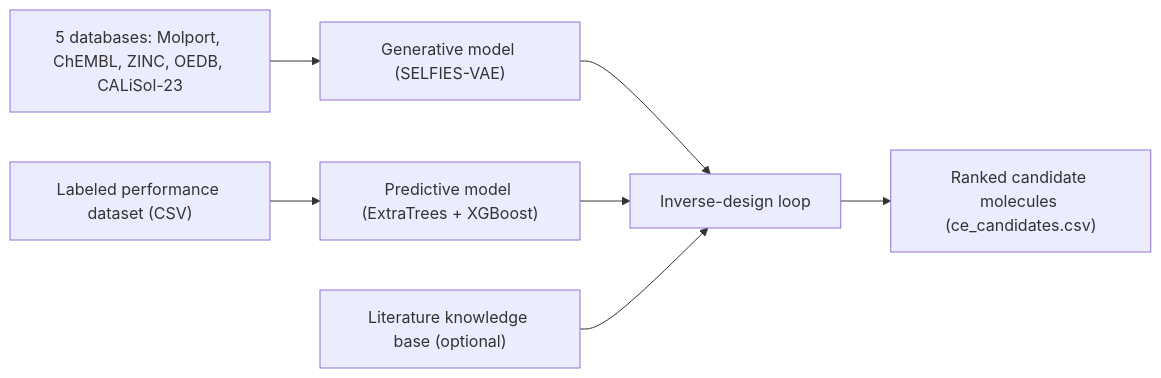
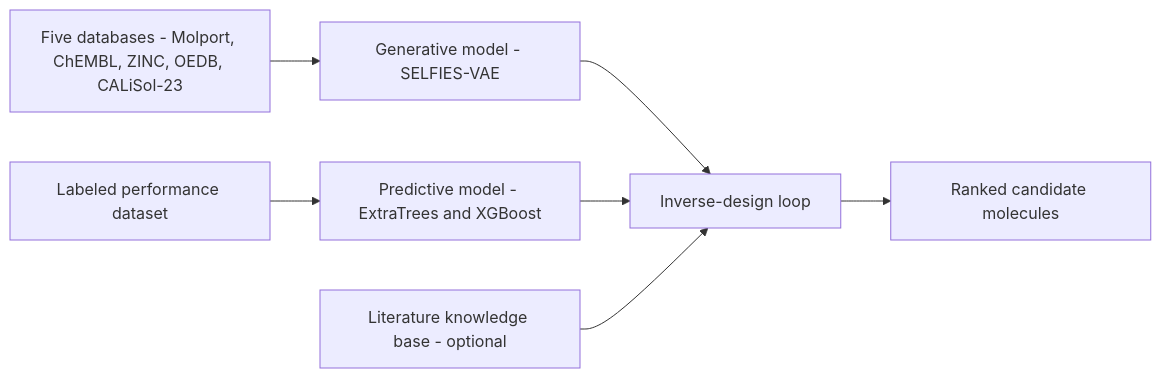
Before and after one commit to NealKapadia/BatteryGen: the first of 4 diagrams in README.md, drawn with Mermaid. The commit also changed other lines of this file, not shown here.

Commit message:
Fix Mermaid diagrams (remove parentheses GitHub can't render); align training count to 9,135,485 across all five databases

````diff
--- a/README.md
+++ b/README.md
@@ -16,9 +16,9 @@
 ```mermaid
 flowchart LR
-    SMILES["5 databases: Molport, ChEMBL, ZINC, OEDB, CALiSol-23"] --> GEN["Generative model (SELFIES-VAE)"]
-    DATASET["Labeled performance dataset (CSV)"] --> PRED["Predictive model (ExtraTrees + XGBoost)"]
+    SMILES["Five databases - Molport, ChEMBL, ZINC, OEDB, CALiSol-23"] --> GEN["Generative model - SELFIES-VAE"]
+    DATASET["Labeled performance dataset"] --> PRED["Predictive model - ExtraTrees and XGBoost"]
     GEN --> LOOP["Inverse-design loop"]
     PRED --> LOOP
-    KB["Literature knowledge base (optional)"] --> LOOP
-    LOOP --> OUT["Ranked candidate molecules (ce_candidates.csv)"]
+    KB["Literature knowledge base - optional"] --> LOOP
+    LOOP --> OUT["Ranked candidate molecules"]
 ```
````
